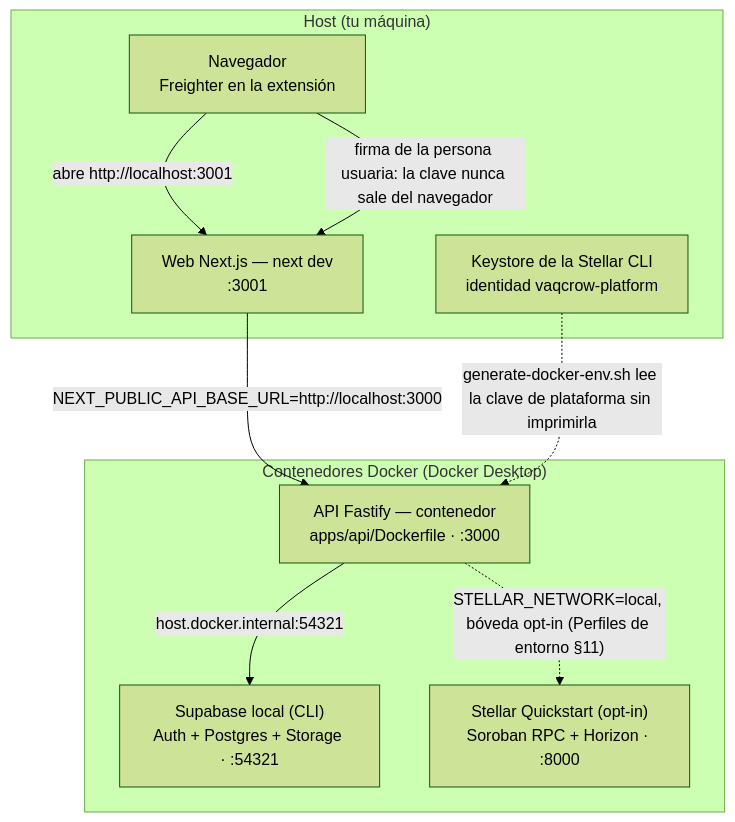
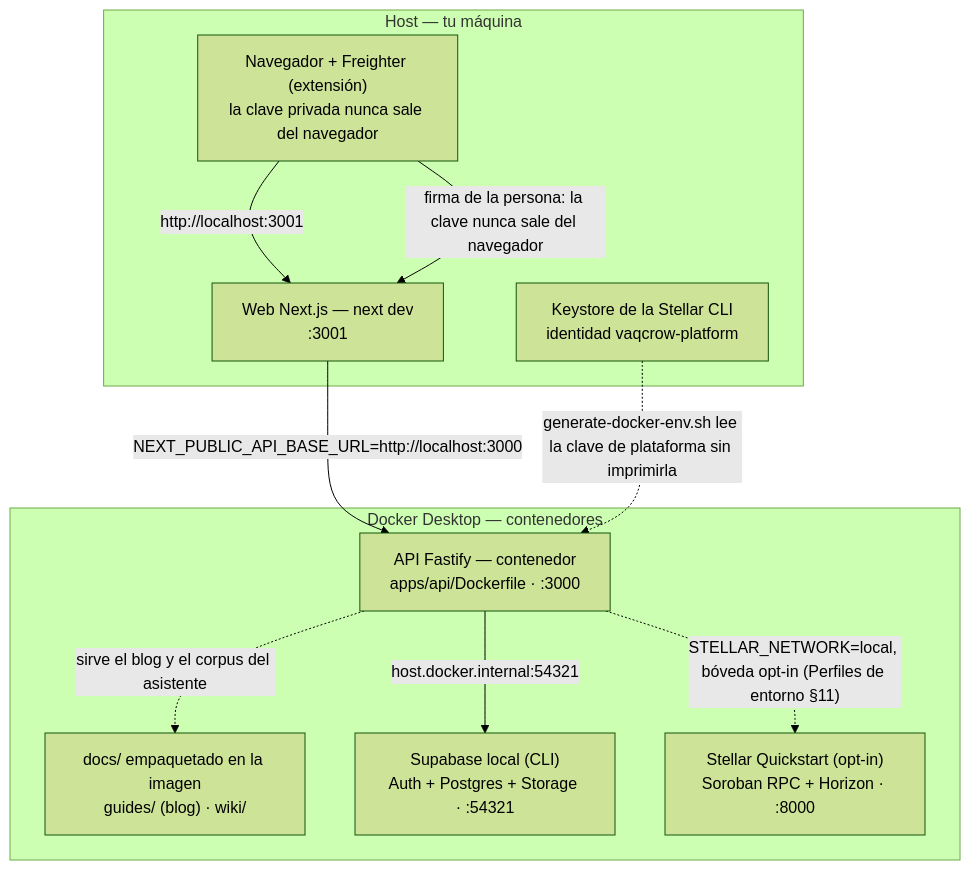
Before and after one commit to reyduar/Vaqcrow: the first of 3 diagrams in README.md, drawn with Mermaid (forest theme). The commit also changed other lines of this file, not shown here.

First line of the commit message:
docs(readme): the blog, the help assistant and refreshed architecture diagrams

````diff
--- a/README.md
+++ b/README.md
@@ -128,21 +134,23 @@
 ```mermaid
 graph TB
-    subgraph HOST["Host (tu máquina)"]
-        BROWSER["Navegador<br/>Freighter en la extensión"]
+    subgraph HOST["Host — tu máquina"]
+        BROWSER["Navegador + Freighter (extensión)<br/>la clave privada nunca sale del navegador"]
         WEB["Web Next.js — next dev<br/>:3001"]
         KEYSTORE["Keystore de la Stellar CLI<br/>identidad vaqcrow-platform"]
     end
 
-    subgraph DOCKER["Contenedores Docker (Docker Desktop)"]
+    subgraph DOCKER["Docker Desktop — contenedores"]
         API["API Fastify — contenedor<br/>apps/api/Dockerfile · :3000"]
+        DOCS["docs/ empaquetado en la imagen<br/>guides/ (blog) · wiki/"]
         SUPABASE["Supabase local (CLI)<br/>Auth + Postgres + Storage · :54321"]
         QUICKSTART["Stellar Quickstart (opt-in)<br/>Soroban RPC + Horizon · :8000"]
     end
 
-    BROWSER -->|"abre http://localhost:3001"| WEB
-    BROWSER -->|"firma de la persona usuaria: la clave nunca sale del navegador"| WEB
+    BROWSER -->|"http://localhost:3001"| WEB
+    BROWSER -->|"firma de la persona: la clave nunca sale del navegador"| WEB
     WEB -->|"NEXT_PUBLIC_API_BASE_URL=http://localhost:3000"| API
+    API -.->|"sirve el blog y el corpus del asistente"| DOCS
     API -->|"host.docker.internal:54321"| SUPABASE
     API -.->|"STELLAR_NETWORK=local, bóveda opt-in (Perfiles de entorno §11)"| QUICKSTART
     KEYSTORE -.->|"generate-docker-env.sh lee la clave de plataforma sin imprimirla"| API
 ```
````
